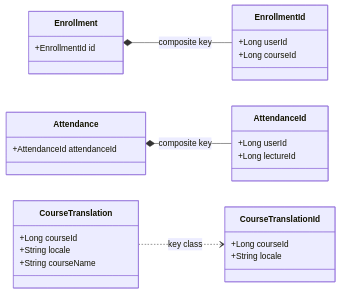
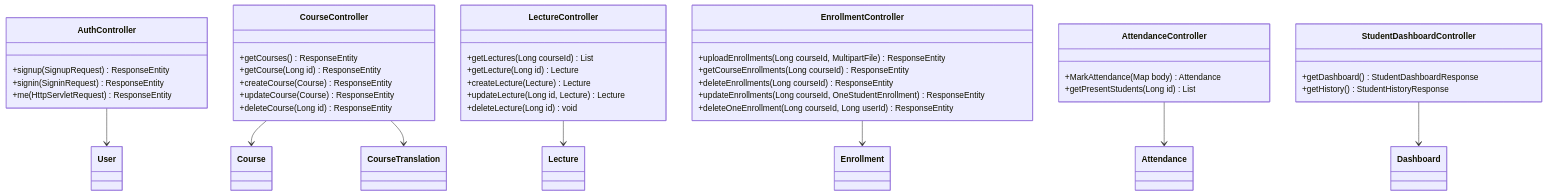
One commit to SeoBlack/Attendance changed the second of 2 diagrams in docs/diagrams/CLASS_DIAGRAM.md. Above: the diagram before and after it, drawn with Mermaid. The commit also changed other lines of this file, not shown here.

````diff
--- a/docs/diagrams/CLASS_DIAGRAM.md
+++ b/docs/diagrams/CLASS_DIAGRAM.md
@@ -65,37 +87,60 @@
 ```mermaid
 classDiagram
-direction LR
+direction TB
 
-class Enrollment {
-  +EnrollmentId id
+class AuthController {
+  +signup(SignupRequest) ResponseEntity
+  +signin(SigninRequest) ResponseEntity
+  +me(HttpServletRequest) ResponseEntity
 }
 
-class EnrollmentId {
-  +Long userId
-  +Long courseId
+class CourseController {
+  +getCourses() ResponseEntity
+  +getCourse(Long id) ResponseEntity
+  +createCourse(Course) ResponseEntity
+  +updateCourse(Course) ResponseEntity
+  +deleteCourse(Long id) ResponseEntity
 }
 
-class Attendance {
-  +AttendanceId attendanceId
+class LectureController {
+  +getLectures(Long courseId) List
+  +getLecture(Long id) Lecture
+  +createLecture(Lecture) Lecture
+  +updateLecture(Long id, Lecture) Lecture
+  +deleteLecture(Long id) void
 }
 
-class AttendanceId {
-  +Long userId
-  +Long lectureId
+class EnrollmentController {
+  +uploadEnrollments(Long courseId, MultipartFile) ResponseEntity
+  +getCourseEnrollments(Long courseId) ResponseEntity
+  +deleteEnrollments(Long courseId) ResponseEntity
+  +updateEnrollments(Long courseId, OneStudentEnrollment) ResponseEntity
+  +deleteOneEnrollment(Long courseId, Long userId) ResponseEntity
 }
 
-class CourseTranslation {
-  +Long courseId
-  +String locale
-  +String courseName
+class AttendanceController {
+  +MarkAttendance(Map body) Attendance
+  +getPresentStudents(Long id) List
 }
 
-class CourseTranslationId {
-  +Long courseId
-  +String locale
+class StudentDashboardController {
+  +getDashboard() StudentDashboardResponse
+  +getHistory() StudentHistoryResponse
 }
 
-Enrollment *-- EnrollmentId : composite key
-Attendance *-- AttendanceId : composite key
-CourseTranslation ..> CourseTranslationId : key class
+AuthController --> User
+CourseController --> Course
+CourseController --> CourseTranslation
+LectureController --> Lecture
+EnrollmentController --> Enrollment
+AttendanceController --> Attendance
+StudentDashboardController --> Dashboard
+
+class User { }
+class Course { }
+class CourseTranslation { }
+class Lecture { }
+class Enrollment { }
+class Attendance { }
+class Dashboard { }
 ```
````
